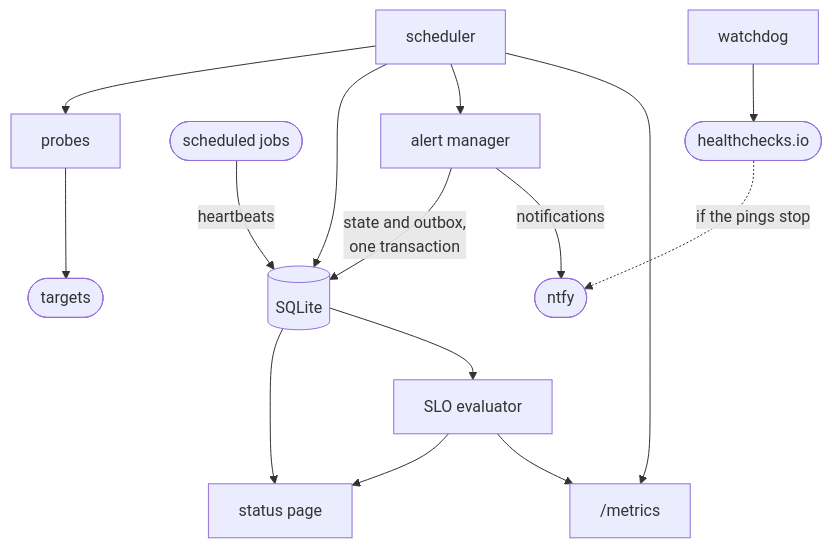
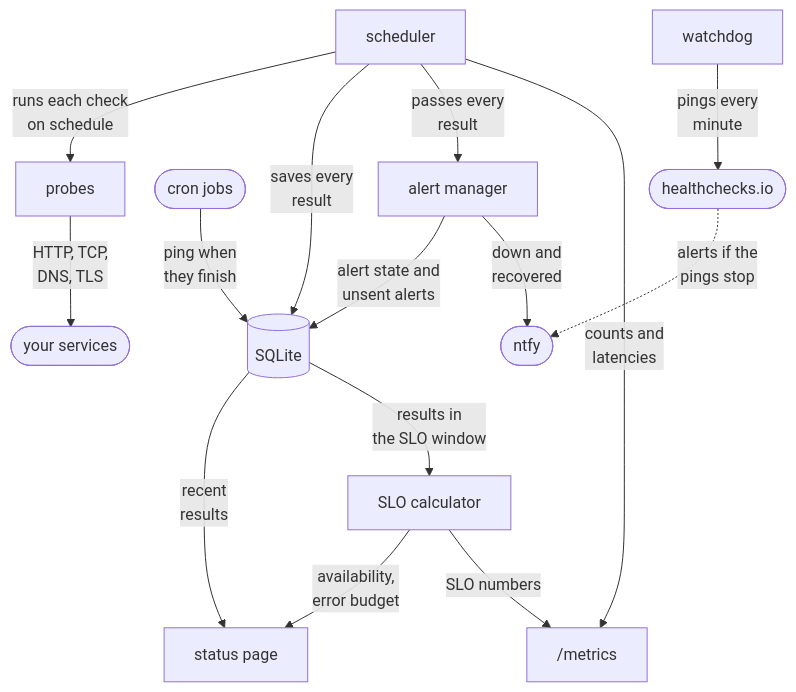
The diagram in README.md (MSJawad/synthetic-monitor), drawn with Mermaid before and after one commit.

Commit message:
Label every arrow in the architecture diagram
An unlabelled arrow from the scheduler to SQLite doesn't say what moves
along it. Each arrow now does, and tighter node spacing keeps the diagram
inside GitHub's README column.

````diff
--- a/README.md
+++ b/README.md
@@ -33,21 +33,24 @@
 ```mermaid
 ---
 config:
   flowchart:
     useMaxWidth: false
+    nodeSpacing: 30
 ---
 flowchart TB
   watchdog["watchdog"]
-  scheduler["scheduler"] --> probes["probes"] --> targets(["targets"])
-  jobs(["scheduled jobs"]) -- heartbeats --> db
-  scheduler --> db[("SQLite")]
-  scheduler --> alerts["alert manager"]
-  scheduler --> metrics["/metrics"]
-  alerts -- "state and outbox,<br/>one transaction" --> db
-  alerts -- notifications --> ntfy(["ntfy"])
-  db --> web["status page"]
-  db --> slo["SLO evaluator"]
-  slo --> web
-  slo --> metrics
-  watchdog --> hc(["healthchecks.io"]) -. "if the pings stop" .-> ntfy
+  scheduler["scheduler"] -- "runs each check<br/>on schedule" --> probes["probes"]
+  probes -- "HTTP, TCP,<br/>DNS, TLS" --> targets(["your services"])
+  jobs(["cron jobs"]) -- "ping when<br/>they finish" --> db
+  scheduler -- "saves every<br/>result" --> db[("SQLite")]
+  scheduler -- "passes every<br/>result" --> alerts["alert manager"]
+  scheduler -- "counts and<br/>latencies" --> metrics["/metrics"]
+  alerts -- "alert state and<br/>unsent alerts" --> db
+  alerts -- "down and<br/>recovered" --> ntfy(["ntfy"])
+  db -- "recent<br/>results" --> web["status page"]
+  db -- "results in<br/>the SLO window" --> slo["SLO calculator"]
+  slo -- "availability,<br/>error budget" --> web
+  slo -- "SLO numbers" --> metrics
+  watchdog -- "pings every<br/>minute" --> hc(["healthchecks.io"])
+  hc -. "alerts if the<br/>pings stop" .-> ntfy
 ```
````
